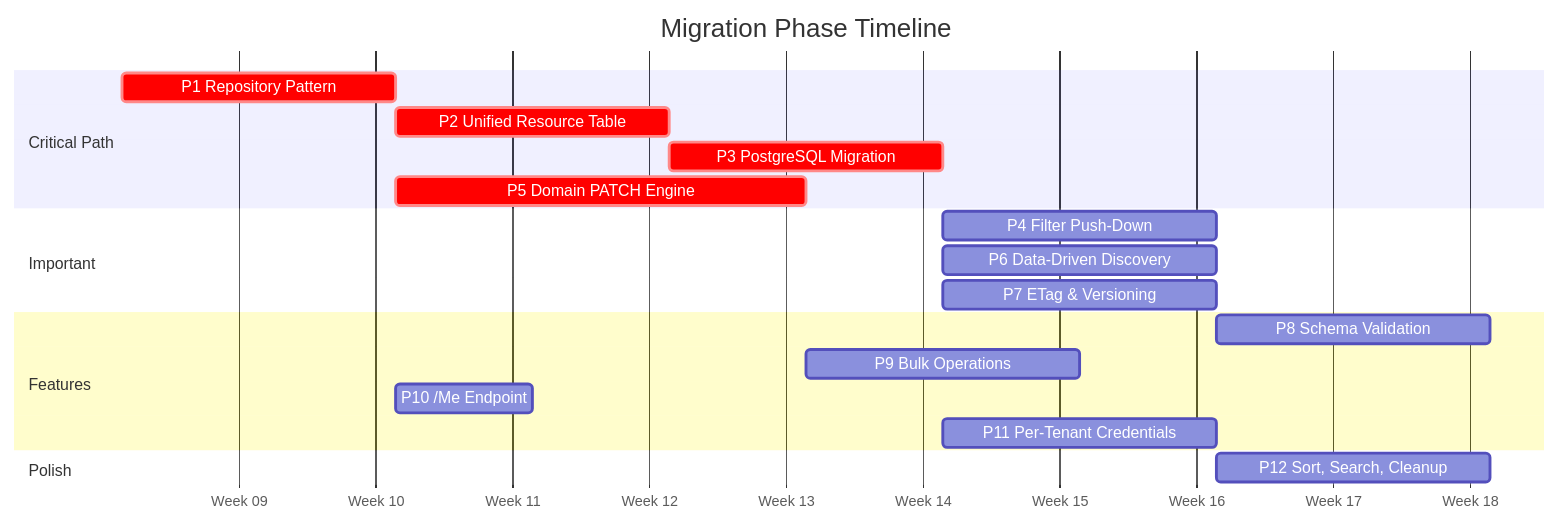
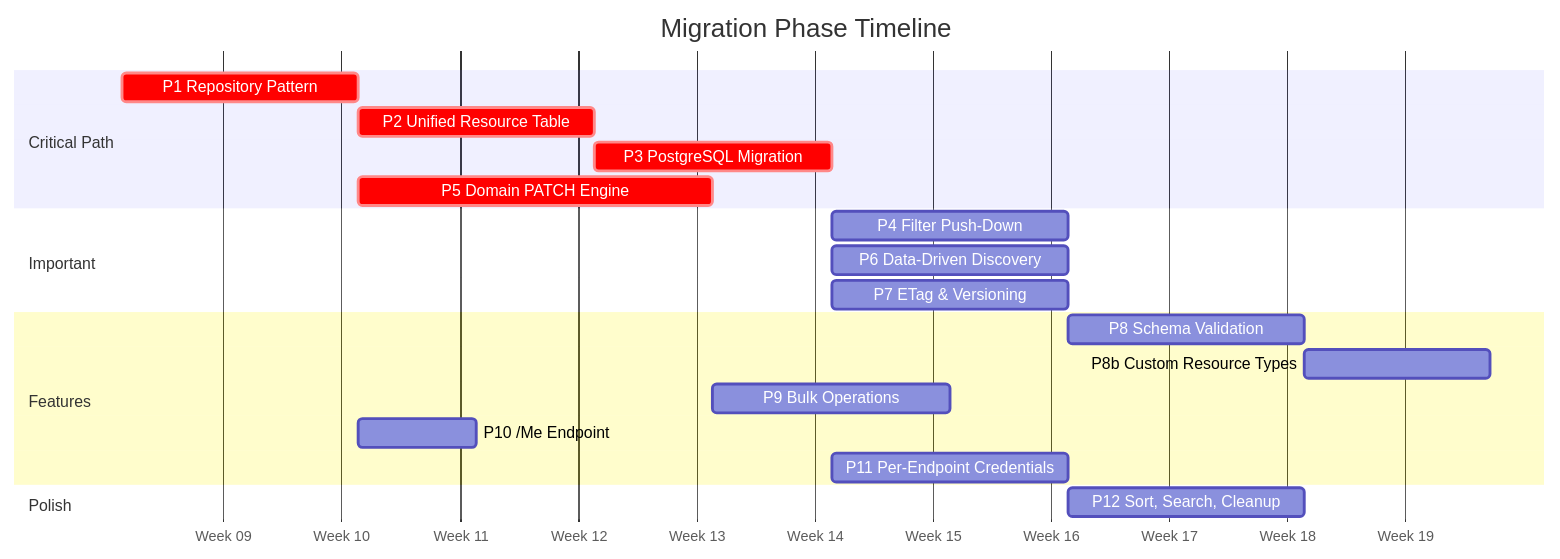
Before and after one commit to pranems/SCIMServer: the second of 23 diagrams in docs/MIGRATION_PLAN_CURRENT_TO_IDEAL_v3_2026-02-20.md, drawn with Mermaid. The commit also changed other lines of this file and 288 other files, not shown here.

````diff
--- a/docs/MIGRATION_PLAN_CURRENT_TO_IDEAL_v3_2026-02-20.md
+++ b/docs/MIGRATION_PLAN_CURRENT_TO_IDEAL_v3_2026-02-20.md
@@ -165,26 +169,27 @@
 ```mermaid
 gantt
     title Migration Phase Timeline
     dateFormat  YYYY-MM-DD
     axisFormat  Week %W
 
     section Critical Path
     P1 Repository Pattern        :crit, p1, 2026-03-02, 2w
     P2 Unified Resource Table    :crit, p2, after p1, 2w
     P3 PostgreSQL Migration      :crit, p3, after p2, 2w
     P5 Domain PATCH Engine       :crit, p5, after p1, 3w
 
     section Important
     P4 Filter Push-Down          :p4, after p3, 2w
     P6 Data-Driven Discovery     :p6, after p3, 2w
     P7 ETag & Versioning         :p7, after p3, 2w
 
     section Features
     P8 Schema Validation         :p8, after p6, 2w
+    P8b Custom Resource Types    :p8b, after p8, 1.5w
     P9 Bulk Operations           :p9, after p5, 2w
     P10 /Me Endpoint             :p10, after p1, 1w
-    P11 Per-Tenant Credentials   :p11, after p3, 2w
+    P11 Per-Endpoint Credentials   :p11, after p3, 2w
 
     section Polish
     P12 Sort, Search, Cleanup    :p12, after p4, 2w
 ```
````
